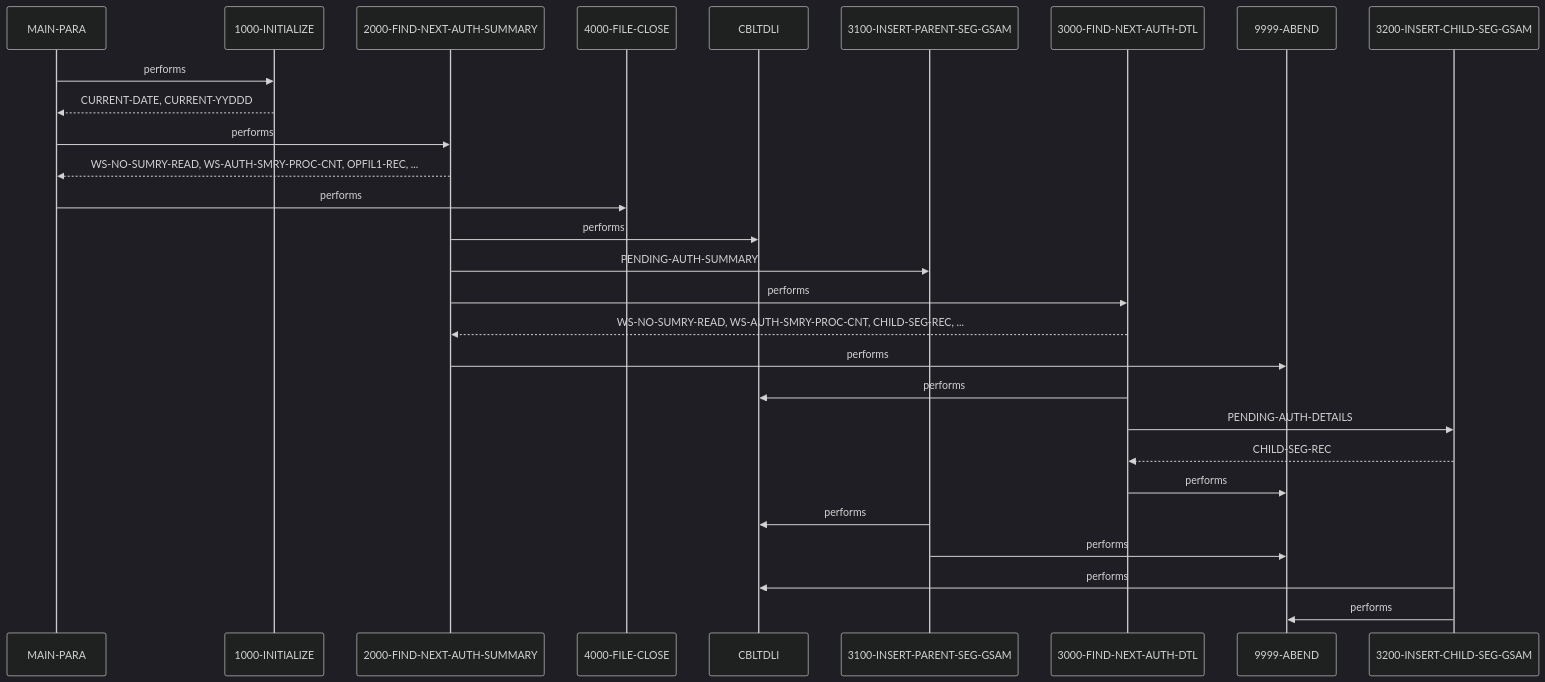
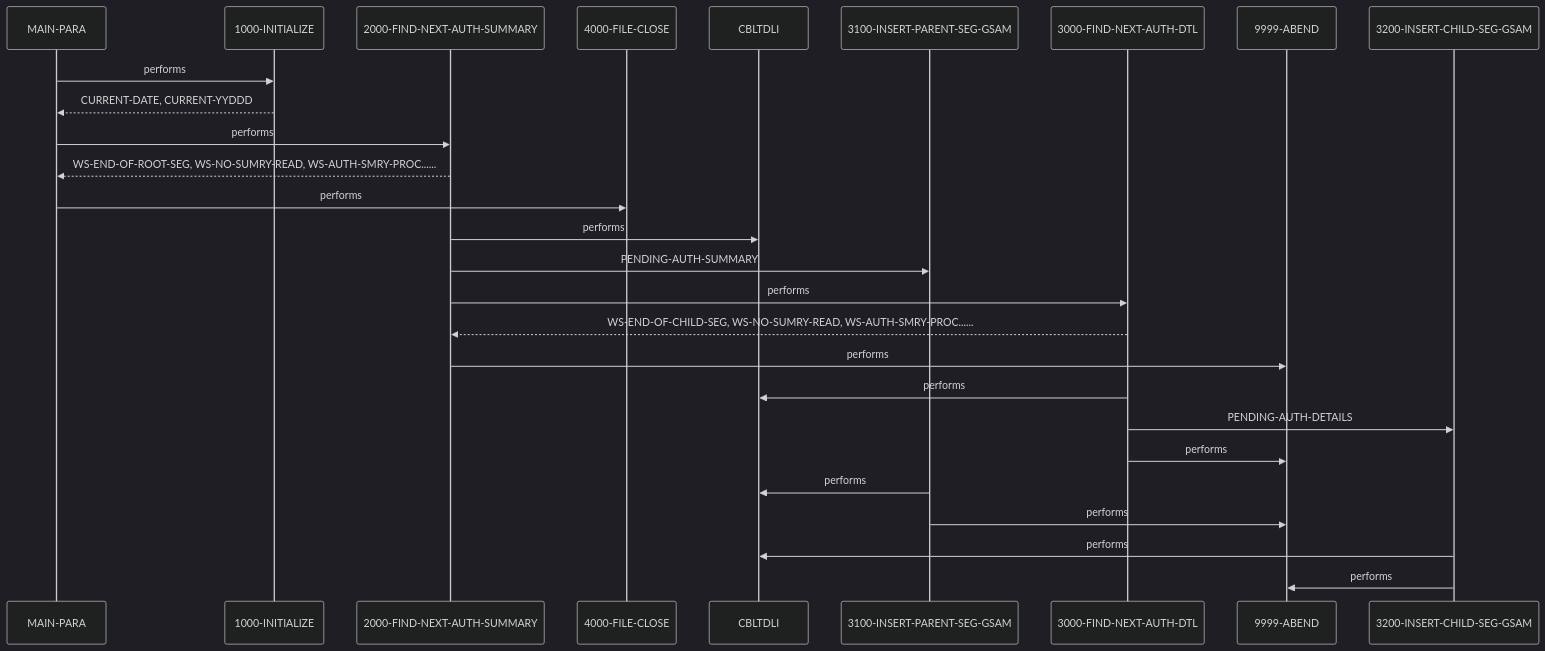
One commit to andrasfe/war_rig changed the diagram in example_output/cbl/DBUNLDGS.CBL.md. Above: the diagram before and after it, drawn with Mermaid (dark theme). The commit also changed other lines of this file and 137 other files, not shown here.

Commit message:
added new examples with knowledge graph implemented

````diff
--- a/example_output/cbl/DBUNLDGS.CBL.md
+++ b/example_output/cbl/DBUNLDGS.CBL.md
@@ -109,21 +196,20 @@
 ```mermaid
 sequenceDiagram
     MAIN-PARA->>1000-INITIALIZE: performs
     1000-INITIALIZE-->>MAIN-PARA: CURRENT-DATE, CURRENT-YYDDD
     MAIN-PARA->>2000-FIND-NEXT-AUTH-SUMMARY: performs
-    2000-FIND-NEXT-AUTH-SUMMARY-->>MAIN-PARA: WS-NO-SUMRY-READ, WS-AUTH-SMRY-PROC-CNT, OPFIL1-REC, ...
+    2000-FIND-NEXT-AUTH-SUMMARY-->>MAIN-PARA: WS-END-OF-ROOT-SEG, WS-NO-SUMRY-READ, WS-AUTH-SMRY-PROC......
     MAIN-PARA->>4000-FILE-CLOSE: performs
     2000-FIND-NEXT-AUTH-SUMMARY->>CBLTDLI: performs
     2000-FIND-NEXT-AUTH-SUMMARY->>3100-INSERT-PARENT-SEG-GSAM: PENDING-AUTH-SUMMARY
     2000-FIND-NEXT-AUTH-SUMMARY->>3000-FIND-NEXT-AUTH-DTL: performs
-    3000-FIND-NEXT-AUTH-DTL-->>2000-FIND-NEXT-AUTH-SUMMARY: WS-NO-SUMRY-READ, WS-AUTH-SMRY-PROC-CNT, CHILD-SEG-REC, ...
+    3000-FIND-NEXT-AUTH-DTL-->>2000-FIND-NEXT-AUTH-SUMMARY: WS-END-OF-CHILD-SEG, WS-NO-SUMRY-READ, WS-AUTH-SMRY-PROC......
     2000-FIND-NEXT-AUTH-SUMMARY->>9999-ABEND: performs
     3000-FIND-NEXT-AUTH-DTL->>CBLTDLI: performs
     3000-FIND-NEXT-AUTH-DTL->>3200-INSERT-CHILD-SEG-GSAM: PENDING-AUTH-DETAILS
-    3200-INSERT-CHILD-SEG-GSAM-->>3000-FIND-NEXT-AUTH-DTL: CHILD-SEG-REC
     3000-FIND-NEXT-AUTH-DTL->>9999-ABEND: performs
     3100-INSERT-PARENT-SEG-GSAM->>CBLTDLI: performs
     3100-INSERT-PARENT-SEG-GSAM->>9999-ABEND: performs
     3200-INSERT-CHILD-SEG-GSAM->>CBLTDLI: performs
     3200-INSERT-CHILD-SEG-GSAM->>9999-ABEND: performs
 ```
````
